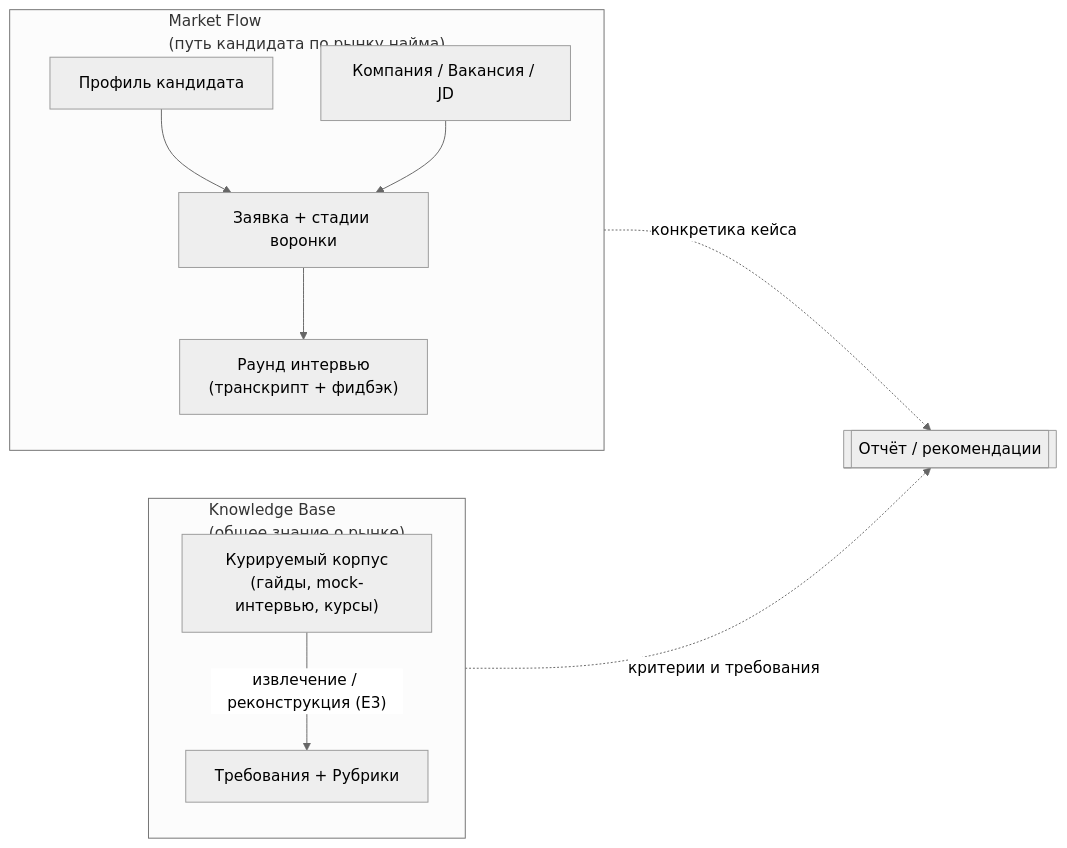
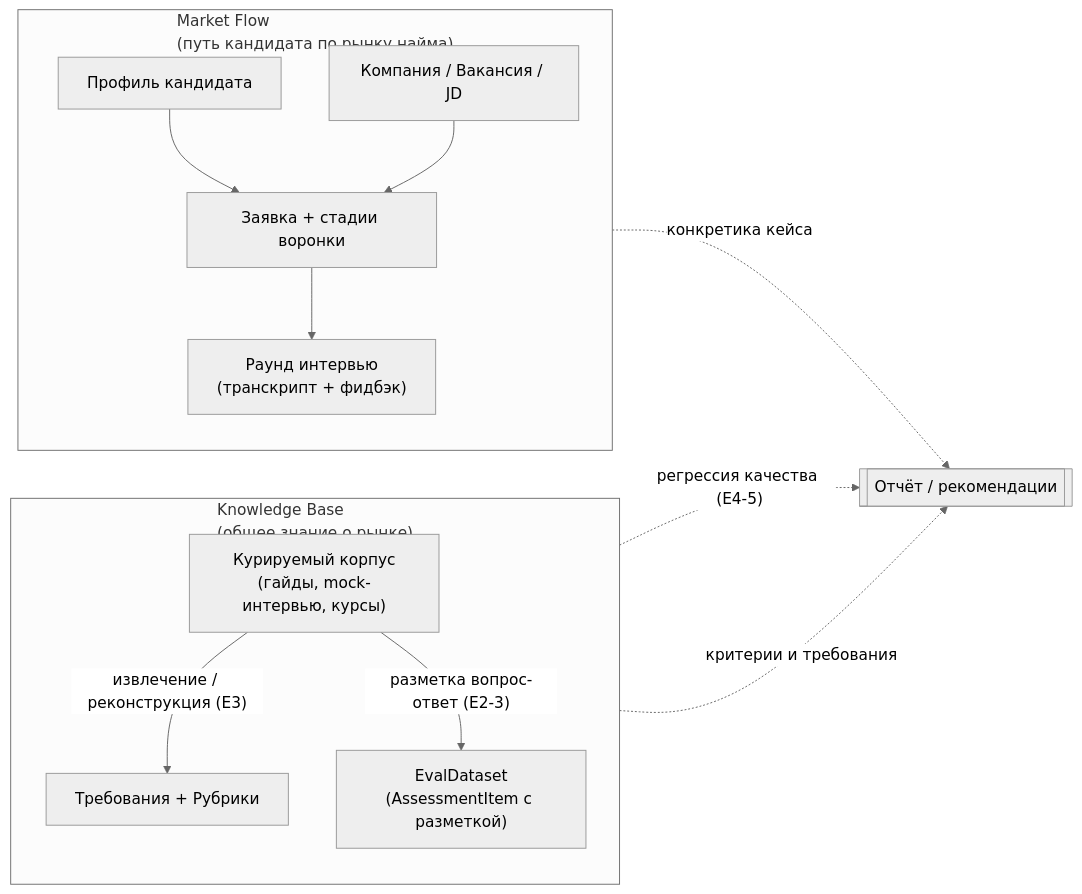
The first of 4 diagrams in md/spec.md (margomrkv/interview-debrief-assistant), drawn with Mermaid (neutral theme) before and after one commit. The commit also changed other lines of this file, not shown here.

````diff
--- a/md/spec.md
+++ b/md/spec.md
@@ -39,23 +44,26 @@
 ```mermaid
 flowchart LR
     subgraph MF["Market Flow<br/>(путь кандидата по рынку найма)"]
         direction TB
         MF1["Профиль кандидата"]
         MF2["Компания / Вакансия / JD"]
         MF3["Заявка + стадии воронки"]
         MF4["Раунд интервью<br/>(транскрипт + фидбэк)"]
         MF1 --> MF3
         MF2 --> MF3
         MF3 --> MF4
     end
 
     subgraph KB["Knowledge Base<br/>(общее знание о рынке)"]
         direction TB
         KB1["Курируемый корпус<br/>(гайды, mock-интервью, курсы)"]
         KB2["Требования + Рубрики"]
+        KB3["EvalDataset<br/>(AssessmentItem с разметкой)"]
         KB1 -- "извлечение / реконструкция (E3)" --> KB2
+        KB1 -- "разметка вопрос-ответ (E2-3)" --> KB3
     end
 
     MF -. "конкретика кейса" .-> OUT[["Отчёт / рекомендации"]]
     KB -. "критерии и требования" .-> OUT
+    KB3 -. "регрессия качества (E4-5)" .-> OUT
 ```
````
